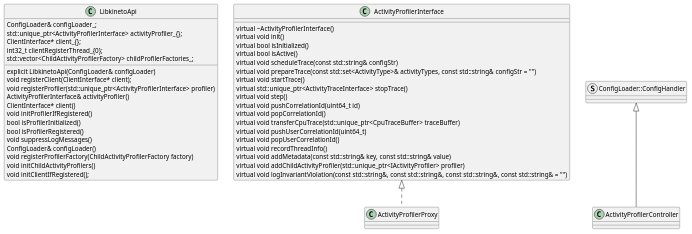
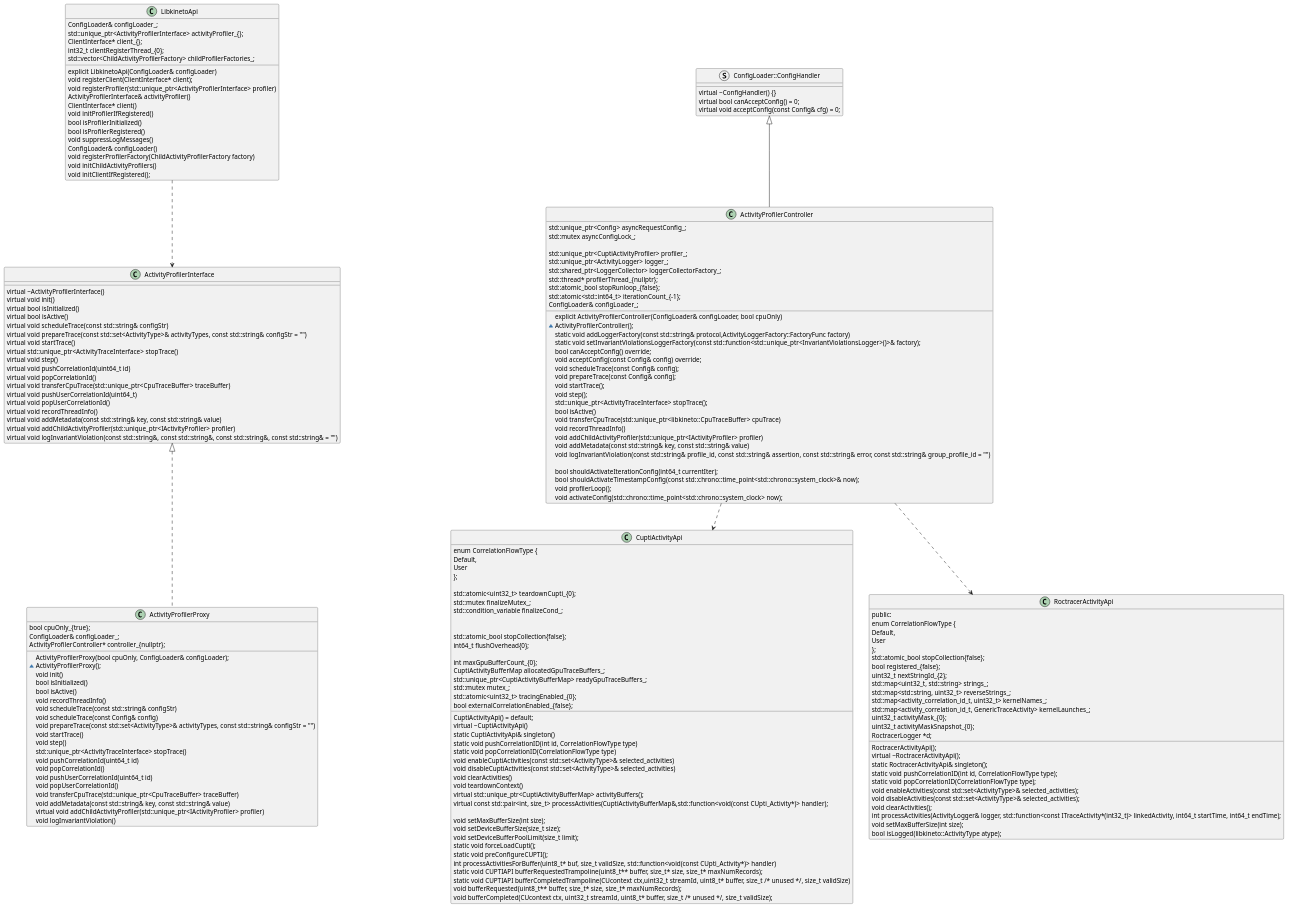
Before and after one commit to wubai/kineto: the diagram in libkineto/puml/profiler.puml, drawn with PlantUML.

```diff
--- a/libkineto/puml/profiler.puml
+++ b/libkineto/puml/profiler.puml
@@ -1,57 +1,194 @@
 @startuml
 'https://plantuml.com/class-diagram
 
 class LibkinetoApi {
     explicit LibkinetoApi(ConfigLoader& configLoader)
     void registerClient(ClientInterface* client);
     void registerProfiler(std::unique_ptr<ActivityProfilerInterface> profiler)
     ActivityProfilerInterface& activityProfiler()
     ClientInterface* client()
     void initProfilerIfRegistered()
     bool isProfilerInitialized()
     bool isProfilerRegistered()
     void suppressLogMessages()
     ConfigLoader& configLoader()
     void registerProfilerFactory(ChildActivityProfilerFactory factory)
     void initChildActivityProfilers()
     void initClientIfRegistered();
 
     ConfigLoader& configLoader_;
     std::unique_ptr<ActivityProfilerInterface> activityProfiler_{};
     ClientInterface* client_{};
     int32_t clientRegisterThread_{0};
     std::vector<ChildActivityProfilerFactory> childProfilerFactories_;
 }
 
 class ActivityProfilerInterface {
   virtual ~ActivityProfilerInterface()
   virtual void init()
   virtual bool isInitialized()
   virtual bool isActive()
   virtual void scheduleTrace(const std::string& configStr)
   virtual void prepareTrace(const std::set<ActivityType>& activityTypes, const std::string& configStr = "")
   virtual void startTrace()
   virtual std::unique_ptr<ActivityTraceInterface> stopTrace()
   virtual void step()
   virtual void pushCorrelationId(uint64_t id)
   virtual void popCorrelationId()
   virtual void transferCpuTrace(std::unique_ptr<CpuTraceBuffer> traceBuffer)
   virtual void pushUserCorrelationId(uint64_t)
   virtual void popUserCorrelationId()
   virtual void recordThreadInfo()
   virtual void addMetadata(const std::string& key, const std::string& value)
   virtual void addChildActivityProfiler(std::unique_ptr<IActivityProfiler> profiler)
   virtual void logInvariantViolation(const std::string&, const std::string&, const std::string&, const std::string& = "")
 }
+LibkinetoApi ..> ActivityProfilerInterface
 
 class ActivityProfilerProxy {
+    ActivityProfilerProxy(bool cpuOnly, ConfigLoader& configLoader);
+    ~ActivityProfilerProxy();
+    void init()
+    bool isInitialized()
+    bool isActive()
+    void recordThreadInfo()
+    void scheduleTrace(const std::string& configStr)
+    void scheduleTrace(const Config& config)
+    void prepareTrace(const std::set<ActivityType>& activityTypes, const std::string& configStr = "")
+    void startTrace()
+    void step()
+    std::unique_ptr<ActivityTraceInterface> stopTrace()
+    void pushCorrelationId(uint64_t id)
+    void popCorrelationId()
+    void pushUserCorrelationId(uint64_t id)
+    void popUserCorrelationId()
+    void transferCpuTrace(std::unique_ptr<CpuTraceBuffer> traceBuffer)
+    void addMetadata(const std::string& key, const std::string& value)
+    virtual void addChildActivityProfiler(std::unique_ptr<IActivityProfiler> profiler)
+    void logInvariantViolation()
+
+    bool cpuOnly_{true};
+    ConfigLoader& configLoader_;
+    ActivityProfilerController* controller_{nullptr};
 }
+
 class ActivityProfilerProxy implements ActivityProfilerInterface
 
 struct ConfigLoader::ConfigHandler {
+    virtual ~ConfigHandler() {}
+    virtual bool canAcceptConfig() = 0;
+    virtual void acceptConfig(const Config& cfg) = 0;
 }
 
 class ActivityProfilerController {
+    explicit ActivityProfilerController(ConfigLoader& configLoader, bool cpuOnly)
+    ~ActivityProfilerController();
+    static void addLoggerFactory(const std::string& protocol,ActivityLoggerFactory::FactoryFunc factory)
+    static void setInvariantViolationsLoggerFactory(const std::function<std::unique_ptr<InvariantViolationsLogger>()>& factory);
+    bool canAcceptConfig() override;
+    void acceptConfig(const Config& config) override;
+    void scheduleTrace(const Config& config);
+    void prepareTrace(const Config& config);
+    void startTrace();
+    void step();
+    std::unique_ptr<ActivityTraceInterface> stopTrace();
+    bool isActive()
+    void transferCpuTrace(std::unique_ptr<libkineto::CpuTraceBuffer> cpuTrace)
+    void recordThreadInfo()
+    void addChildActivityProfiler(std::unique_ptr<IActivityProfiler> profiler)
+    void addMetadata(const std::string& key, const std::string& value)
+    void logInvariantViolation(const std::string& profile_id, const std::string& assertion, const std::string& error, const std::string& group_profile_id = "")
+
+    bool shouldActivateIterationConfig(int64_t currentIter);
+    bool shouldActivateTimestampConfig(const std::chrono::time_point<std::chrono::system_clock>& now);
+    void profilerLoop();
+    void activateConfig(std::chrono::time_point<std::chrono::system_clock> now);
+    std::unique_ptr<Config> asyncRequestConfig_;
+    std::mutex asyncConfigLock_;
+
+    std::unique_ptr<CuptiActivityProfiler> profiler_;
+    std::unique_ptr<ActivityLogger> logger_;
+    std::shared_ptr<LoggerCollector> loggerCollectorFactory_;
+    std::thread* profilerThread_{nullptr};
+    std::atomic_bool stopRunloop_{false};
+    std::atomic<std::int64_t> iterationCount_{-1};
+    ConfigLoader& configLoader_;
 }
 class ActivityProfilerController extends ConfigLoader::ConfigHandler
+
+class CuptiActivityApi {
+  enum CorrelationFlowType {
+    Default,
+    User
+  };
+
+  std::atomic<uint32_t> teardownCupti_{0};
+  std::mutex finalizeMutex_;
+  std::condition_variable finalizeCond_;
+  CuptiActivityApi() = default;
+  virtual ~CuptiActivityApi()
+  static CuptiActivityApi& singleton()
+  static void pushCorrelationID(int id, CorrelationFlowType type)
+  static void popCorrelationID(CorrelationFlowType type)
+  void enableCuptiActivities(const std::set<ActivityType>& selected_activities)
+  void disableCuptiActivities(const std::set<ActivityType>& selected_activities)
+  void clearActivities()
+  void teardownContext()
+  virtual std::unique_ptr<CuptiActivityBufferMap> activityBuffers();
+  virtual const std::pair<int, size_t> processActivities(CuptiActivityBufferMap&,std::function<void(const CUpti_Activity*)> handler);
+
+  void setMaxBufferSize(int size);
+  void setDeviceBufferSize(size_t size);
+  void setDeviceBufferPoolLimit(size_t limit);
+
+  std::atomic_bool stopCollection{false};
+  int64_t flushOverhead{0};
+  static void forceLoadCupti();
+  static void preConfigureCUPTI();
+
+  int maxGpuBufferCount_{0};
+  CuptiActivityBufferMap allocatedGpuTraceBuffers_;
+  std::unique_ptr<CuptiActivityBufferMap> readyGpuTraceBuffers_;
+  std::mutex mutex_;
+  std::atomic<uint32_t> tracingEnabled_{0};
+  bool externalCorrelationEnabled_{false};
+
+  int processActivitiesForBuffer(uint8_t* buf, size_t validSize, std::function<void(const CUpti_Activity*)> handler)
+  static void CUPTIAPI bufferRequestedTrampoline(uint8_t** buffer, size_t* size, size_t* maxNumRecords);
+  static void CUPTIAPI bufferCompletedTrampoline(CUcontext ctx,uint32_t streamId, uint8_t* buffer, size_t /* unused */, size_t validSize)
+  void bufferRequested(uint8_t** buffer, size_t* size, size_t* maxNumRecords);
+  void bufferCompleted(CUcontext ctx, uint32_t streamId, uint8_t* buffer, size_t /* unused */, size_t validSize);
+}
+ActivityProfilerController ..> CuptiActivityApi
+
+class RoctracerActivityApi {
+ public:
+  enum CorrelationFlowType {
+    Default,
+    User
+  };
+  RoctracerActivityApi();
+  virtual ~RoctracerActivityApi();
+  static RoctracerActivityApi& singleton();
+  static void pushCorrelationID(int id, CorrelationFlowType type);
+  static void popCorrelationID(CorrelationFlowType type);
+  void enableActivities(const std::set<ActivityType>& selected_activities);
+  void disableActivities(const std::set<ActivityType>& selected_activities);
+  void clearActivities();
+  int processActivities(ActivityLogger& logger, std::function<const ITraceActivity*(int32_t)> linkedActivity, int64_t startTime, int64_t endTime);
+  void setMaxBufferSize(int size);
+  std::atomic_bool stopCollection{false};
+  bool registered_{false};
+  uint32_t nextStringId_{2};
+  std::map<uint32_t, std::string> strings_;
+  std::map<std::string, uint32_t> reverseStrings_;
+  std::map<activity_correlation_id_t, uint32_t> kernelNames_;
+  std::map<activity_correlation_id_t, GenericTraceActivity> kernelLaunches_;
+  uint32_t activityMask_{0};
+  uint32_t activityMaskSnapshot_{0};
+  bool isLogged(libkineto::ActivityType atype);
+  RoctracerLogger *d;
+}
+
+ActivityProfilerController ..> RoctracerActivityApi
 @enduml
```
